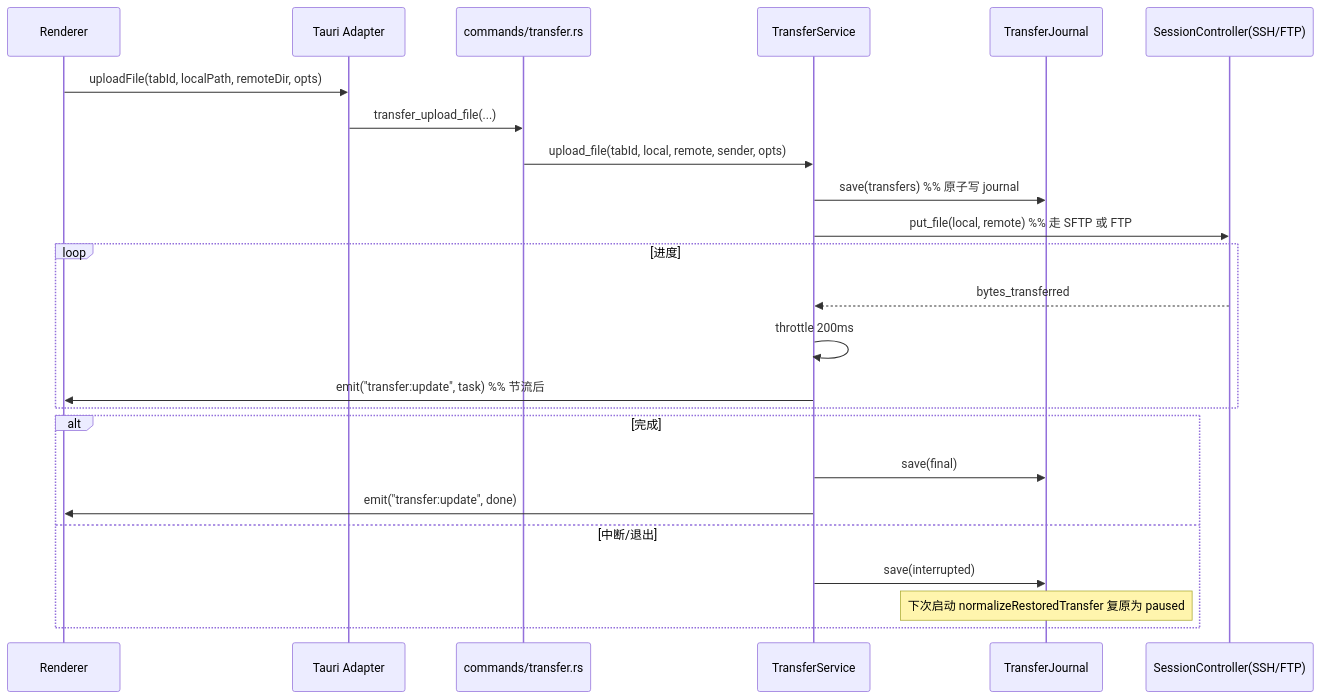
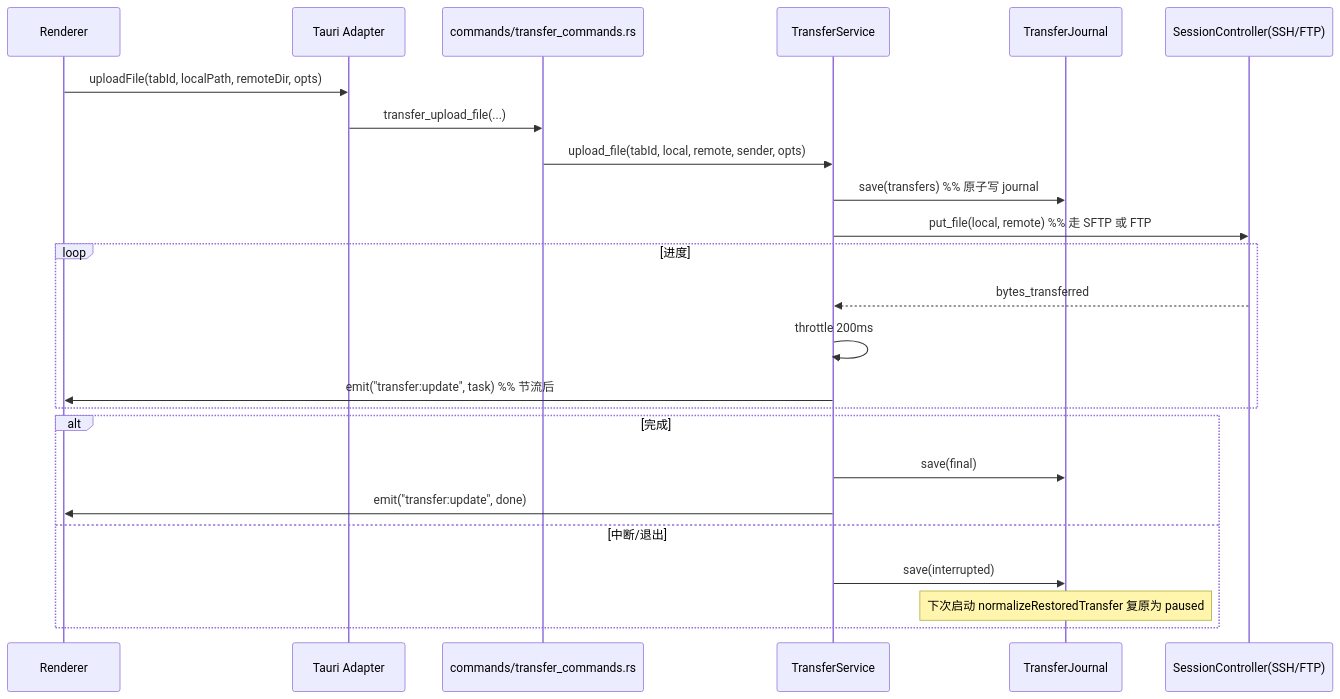
One commit to St0ff3l/fileterm changed the sixth of 7 diagrams in docs/plans/completed/rust-backend-migration-plan.md. Above: the diagram before and after it, drawn with Mermaid. The commit also changed other lines of this file and 72 other files, not shown here.

````diff
--- a/docs/plans/completed/rust-backend-migration-plan.md
+++ b/docs/plans/completed/rust-backend-migration-plan.md
@@ -741,27 +704,27 @@
 ```mermaid
 sequenceDiagram
   participant R as Renderer
   participant TA as Tauri Adapter
-  participant CMD as commands/transfer.rs
+  participant CMD as commands/transfer_commands.rs
   participant TS as TransferService
   participant J as TransferJournal
   participant SC as SessionController(SSH/FTP)
 
   R->>TA: uploadFile(tabId, localPath, remoteDir, opts)
   TA->>CMD: transfer_upload_file(...)
   CMD->>TS: upload_file(tabId, local, remote, sender, opts)
   TS->>J: save(transfers)  %% 原子写 journal
   TS->>SC: put_file(local, remote)  %% 走 SFTP 或 FTP
   loop 进度
     SC-->>TS: bytes_transferred
     TS->>TS: throttle 200ms
     TS->>R: emit("transfer:update", task)  %% 节流后
   end
   alt 完成
     TS->>J: save(final)
     TS->>R: emit("transfer:update", done)
   else 中断/退出
     TS->>J: save(interrupted)
     Note over J: 下次启动 normalizeRestoredTransfer 复原为 paused
   end
 ```
````
